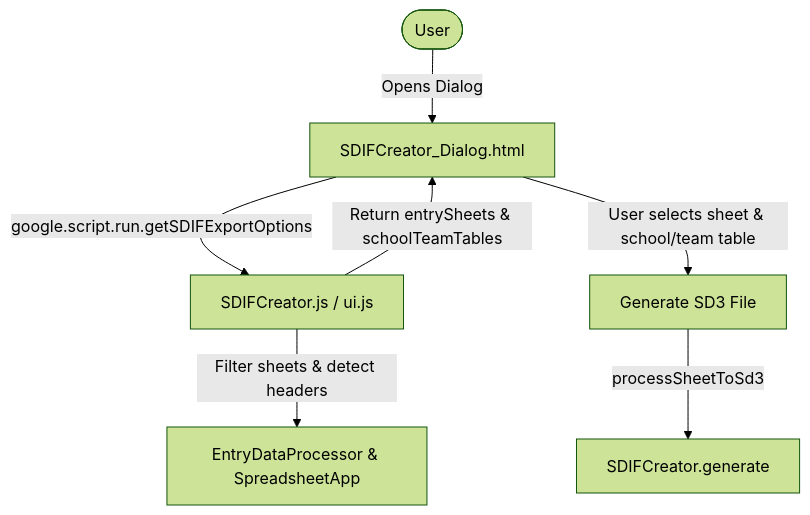
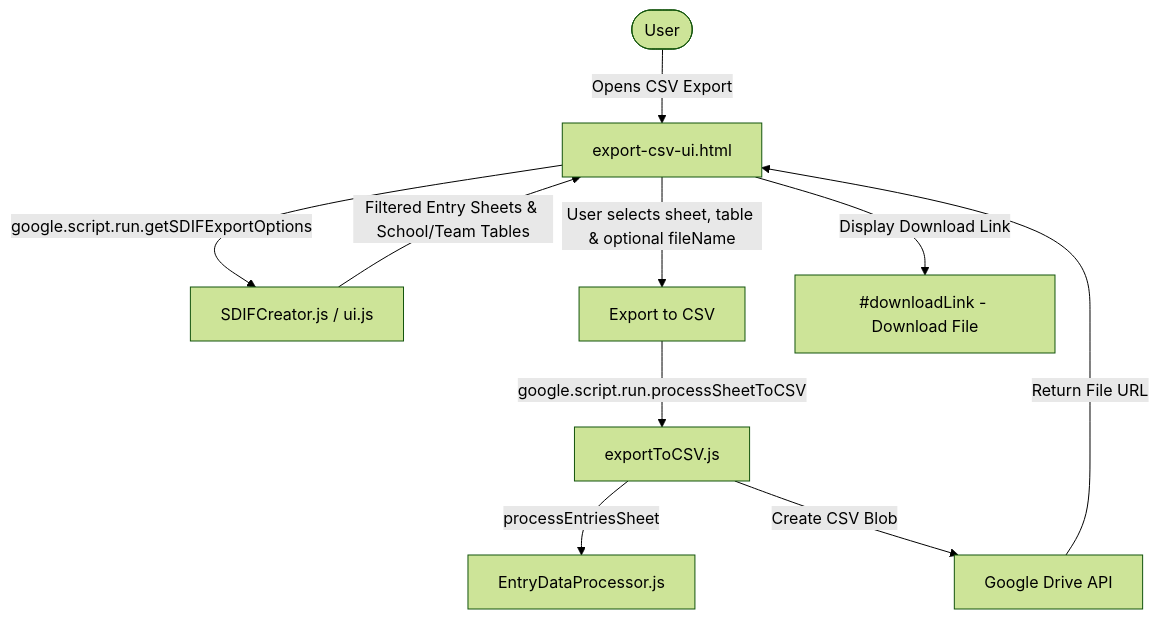
One commit to petrfaitl/swim-entries-manager changed the diagram in .junie/plans/improve-meet-manager-export-dialog.md. Above: the diagram before and after it, drawn with Mermaid (forest theme). The commit also changed other lines of this file and 5 other files, not shown here.

Commit message:
feat: Revamp CSV export dialog for improved user experience and functionality

````diff
--- a/.junie/plans/improve-meet-manager-export-dialog.md
+++ b/.junie/plans/improve-meet-manager-export-dialog.md
@@ -72,9 +75,12 @@
 ```mermaid
 graph TD
-    User([User]) -->|Opens Dialog| DialogUI[SDIFCreator_Dialog.html]
-    DialogUI -->|google.script.run.getSDIFExportOptions| ServerBackend[SDIFCreator.js / ui.js]
-    ServerBackend -->|Filter sheets & detect headers| SheetInspector[EntryDataProcessor & SpreadsheetApp]
-    ServerBackend -->|Return entrySheets & schoolTeamTables| DialogUI
-    DialogUI -->|User selects sheet & school/team table| SubmitAction[Generate SD3 File]
-    SubmitAction -->|processSheetToSd3| SDIFGenerator[SDIFCreator.generate]
+    User([User]) -->|Opens CSV Export| CSVDialog[export-csv-ui.html]
+    CSVDialog -->|google.script.run.getSDIFExportOptions| ServerOptions[SDIFCreator.js / ui.js]
+    ServerOptions -->|Filtered Entry Sheets & School/Team Tables| CSVDialog
+    CSVDialog -->|User selects sheet, table & optional fileName| SubmitExport[Export to CSV]
+    SubmitExport -->|google.script.run.processSheetToCSV| BackendCSV[exportToCSV.js]
+    BackendCSV -->|processEntriesSheet| Processor[EntryDataProcessor.js]
+    BackendCSV -->|Create CSV Blob| DriveStorage[Google Drive API]
+    DriveStorage -->|Return File URL| CSVDialog
+    CSVDialog -->|Display Download Link| DownloadContainer[#downloadLink - Download File]
 ```
````
